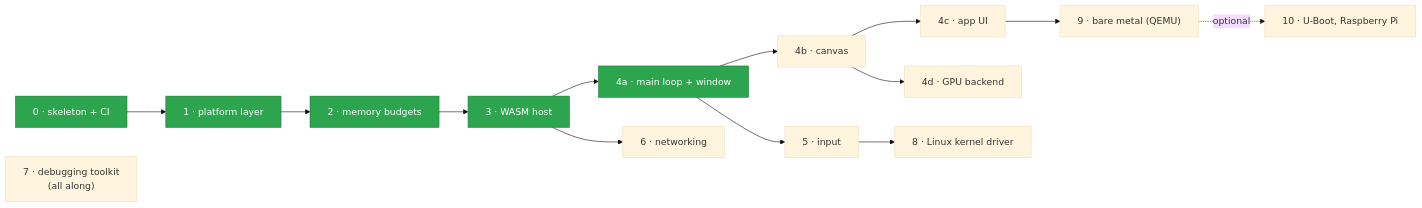
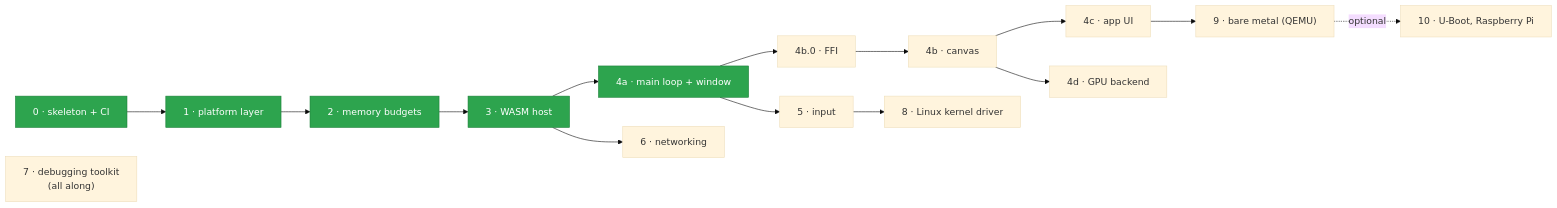
One commit to arinal/mim changed the third of 3 diagrams in README.md. Above: the diagram before and after it, drawn with Mermaid (base theme). The commit also changed other lines of this file and 20 other files, not shown here.

````diff
--- a/README.md
+++ b/README.md
@@ -149,15 +149,15 @@
 ```mermaid
 flowchart LR
     S0["0 · skeleton + CI"] --> S1["1 · platform layer"] --> S2["2 · memory budgets"] --> S3["3 · WASM host"]
-    S3 --> S4a["4a · main loop + window"] --> S4b["4b · canvas"] --> S4c["4c · app UI"]
+    S3 --> S4a["4a · main loop + window"] --> S4b0["4b.0 · FFI"] --> S4b["4b · canvas"] --> S4c["4c · app UI"]
     S4b --> S4d["4d · GPU backend"]
     S4a --> S5["5 · input"]
     S3 --> S6["6 · networking"]
     S5 --> S8["8 · Linux kernel driver"]
     S4c --> S9["9 · bare metal (QEMU)"]
     S9 -.optional.-> S10["10 · U-Boot, Raspberry Pi"]
     S7["7 · debugging toolkit<br/>(all along)"]
 
     classDef done fill:#2da44e,stroke:#1a7f37,color:#fff
     class S0,S1,S2,S3,S4a done
 ```
````
